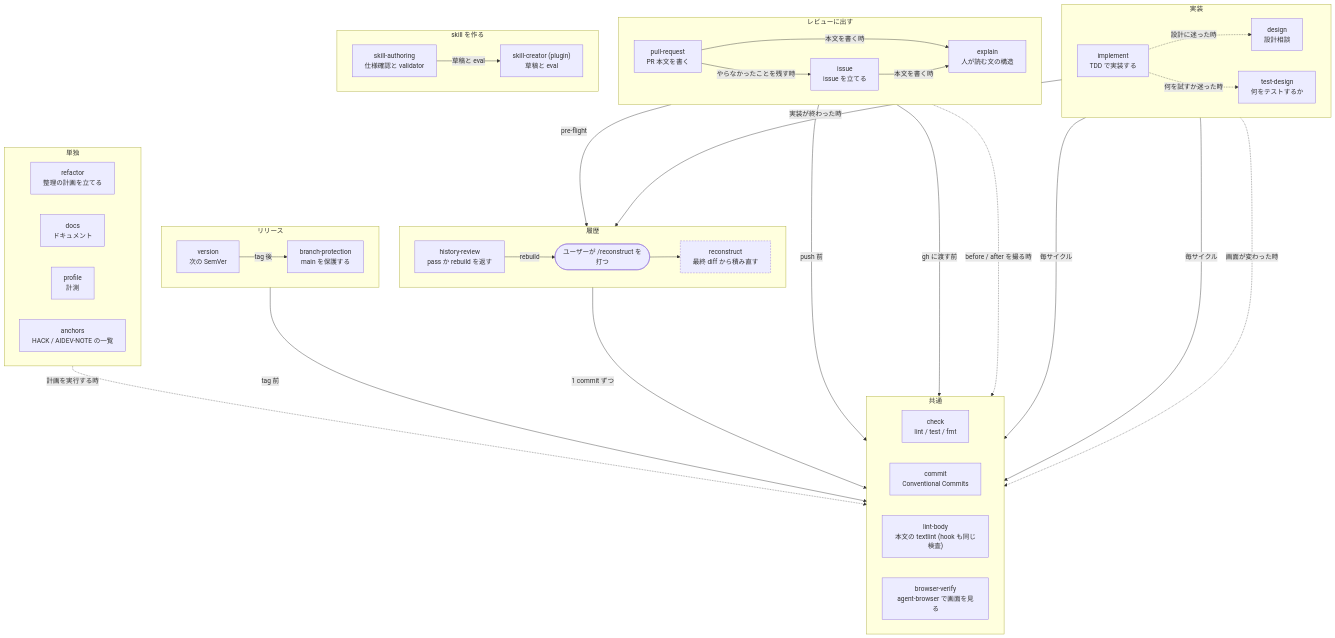
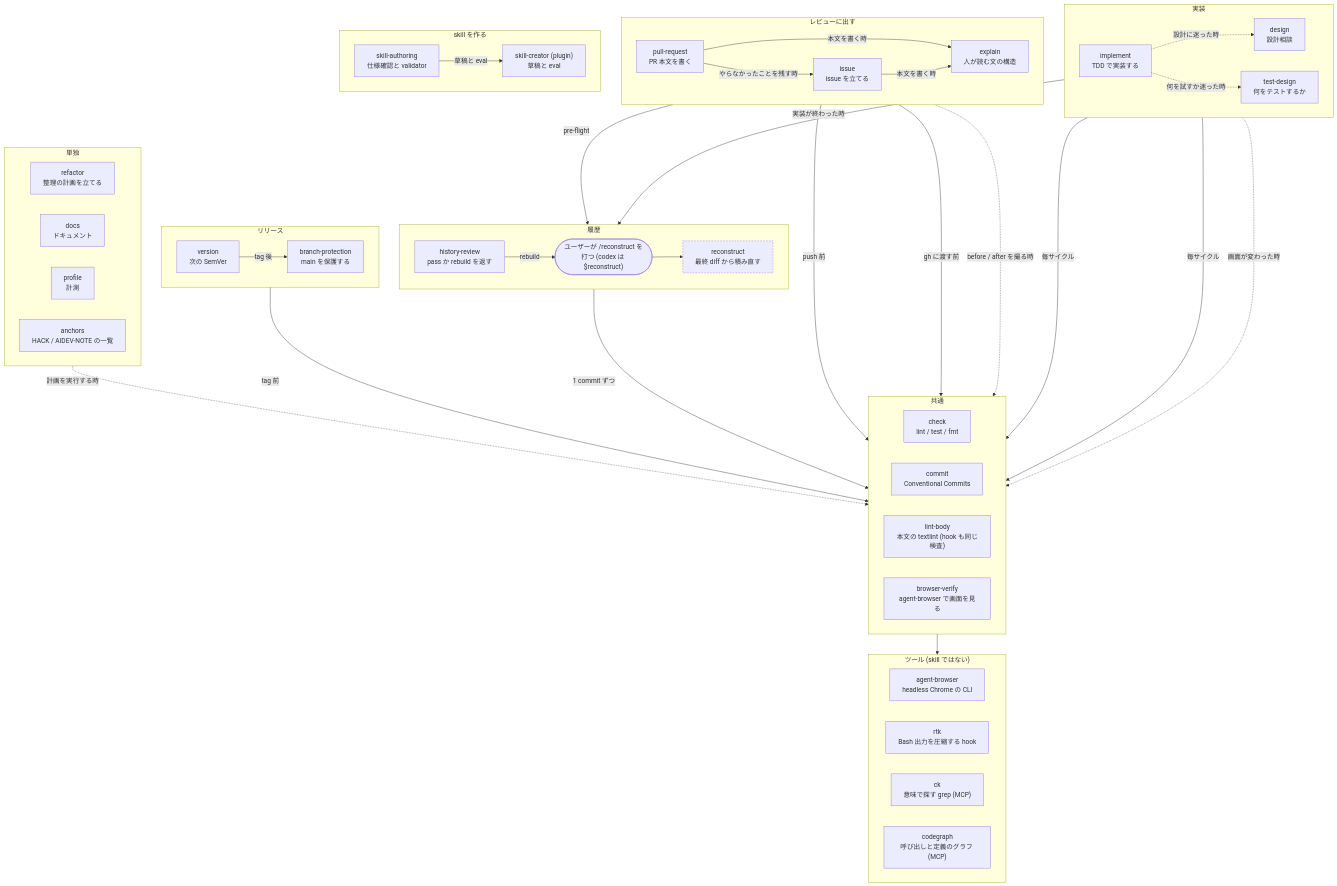
One commit to Xantibody/dotfiles changed the diagram in configs/agents/README.md. Above: the diagram before and after it, drawn with Mermaid.

Commit message:
docs(agents): draw the agent tools in the skill map
The diagram showed only skills, so agent-browser appeared as a label on
browser-verify and rtk, ck and codegraph did not appear at all. A
reader working out where a capability lives had to know which of these
are skills and which are binaries wired by modules/ai/agents.nix. The
tools now sit in their own group, marked as not skills, with the one
edge that exists (browser-verify runs agent-browser); rtk, ck and
codegraph reach the model through a hook and MCP rather than through a
skill, so they have no edge. The reconstruct entry also names the codex
spelling, since the same skills now load there.

```diff
--- a/configs/agents/README.md
+++ b/configs/agents/README.md
@@ -29,7 +29,7 @@
   subgraph history["履歴"]
     direction LR
     hr["history-review<br/>pass か rebuild を返す"]
-    user(["ユーザーが /reconstruct を打つ"])
+    user(["ユーザーが /reconstruct を打つ (codex は $reconstruct)"])
     reconstruct["reconstruct<br/>最終 diff から積み直す"]
   end
 
@@ -61,6 +61,14 @@
     bv["browser-verify<br/>agent-browser で画面を見る"]
   end
 
+  subgraph tools["ツール (skill ではない)"]
+    direction LR
+    ab["agent-browser<br/>headless Chrome の CLI"]
+    rtk["rtk<br/>Bash 出力を圧縮する hook"]
+    ck["ck<br/>意味で探す grep (MCP)"]
+    cg["codegraph<br/>呼び出しと定義のグラフ (MCP)"]
+  end
+
   implement -.->|"設計に迷った時"| design
   implement -.->|"何を試すか迷った時"| testdesign
   implement -->|"実装が終わった時"| hr
@@ -79,6 +87,7 @@
   explain -->|"gh に渡す前"| lint
   implement -.->|"画面が変わった時"| bv
   pr -.->|"before / after を撮る時"| bv
+  bv --> ab
   reconstruct -->|"1 commit ずつ"| commit
   version -->|"tag 前"| check
   refactor -.->|"計画を実行する時"| commit
```
